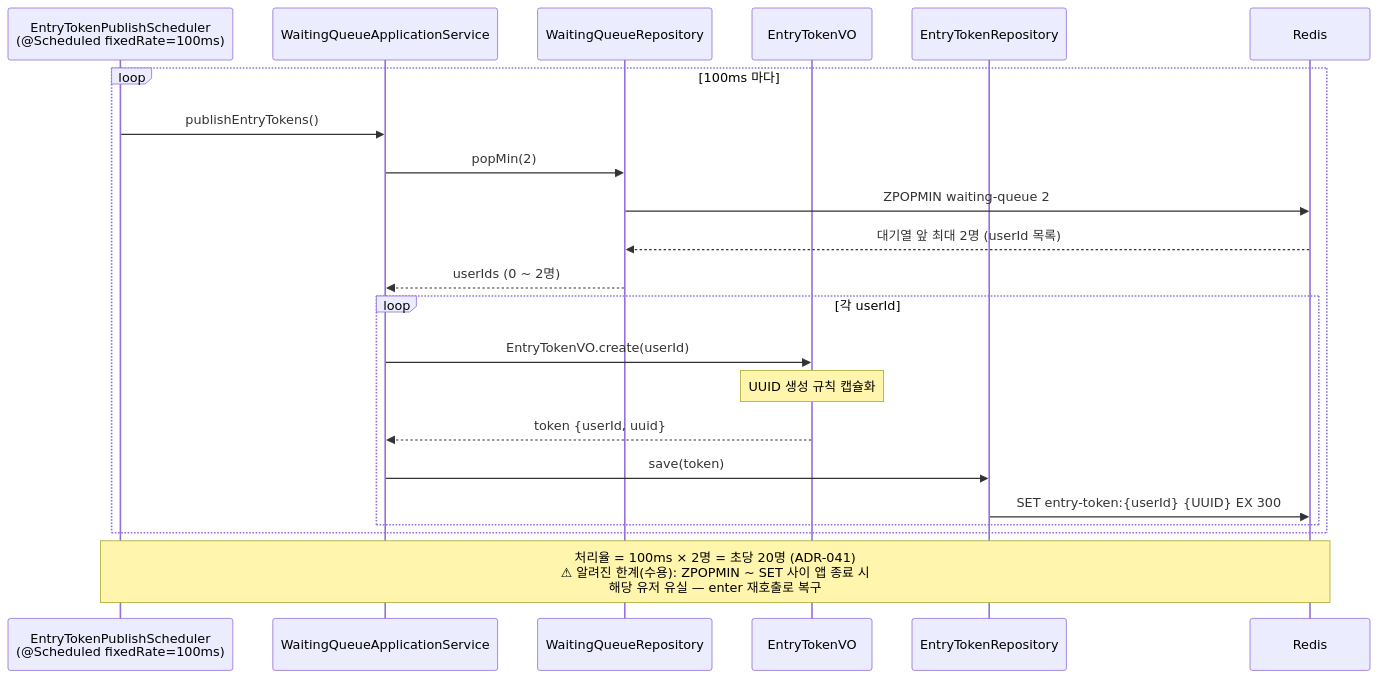
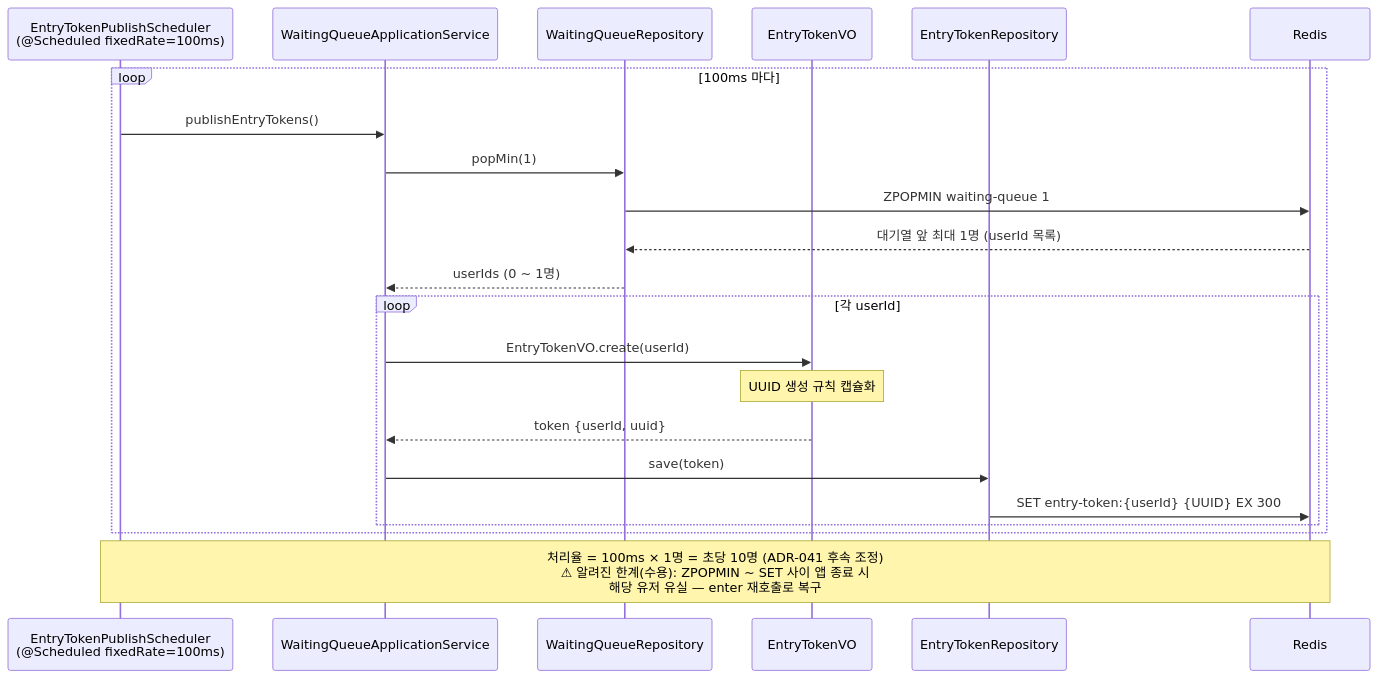
The third of 6 diagrams in docs/domain/waiting-queue/02-diagrams.md (Hangju0610/loop-pack-be-l2-vol4-java), drawn with Mermaid before and after one commit. The commit also changed other lines of this file and 6 other files, not shown here.

First line of the commit message:
feat(waiting-queue): 발급 배치 1명/100ms 추가 축소 (ADR-041 후속 조정)

````diff
--- a/docs/domain/waiting-queue/02-diagrams.md
+++ b/docs/domain/waiting-queue/02-diagrams.md
@@ -101,27 +101,27 @@
 ```mermaid
 sequenceDiagram
     participant SCH as EntryTokenPublishScheduler<br/>(@Scheduled fixedRate=100ms)
     participant SVC as WaitingQueueApplicationService
     participant WQR as WaitingQueueRepository
     participant VO as EntryTokenVO
     participant ETR as EntryTokenRepository
     participant R as Redis
 
     loop 100ms 마다
         SCH->>SVC: publishEntryTokens()
-        SVC->>WQR: popMin(2)
-        WQR->>R: ZPOPMIN waiting-queue 2
-        R-->>WQR: 대기열 앞 최대 2명 (userId 목록)
-        WQR-->>SVC: userIds (0 ~ 2명)
+        SVC->>WQR: popMin(1)
+        WQR->>R: ZPOPMIN waiting-queue 1
+        R-->>WQR: 대기열 앞 최대 1명 (userId 목록)
+        WQR-->>SVC: userIds (0 ~ 1명)
 
         loop 각 userId
             SVC->>VO: EntryTokenVO.create(userId)
             Note over VO: UUID 생성 규칙 캡슐화
             VO-->>SVC: token {userId, uuid}
             SVC->>ETR: save(token)
             ETR->>R: SET entry-token:{userId} {UUID} EX 300
         end
     end
 
-    Note over SCH,R: 처리율 = 100ms × 2명 = 초당 20명 (ADR-041)<br/>⚠ 알려진 한계(수용): ZPOPMIN ~ SET 사이 앱 종료 시<br/>해당 유저 유실 — enter 재호출로 복구
+    Note over SCH,R: 처리율 = 100ms × 1명 = 초당 10명 (ADR-041 후속 조정)<br/>⚠ 알려진 한계(수용): ZPOPMIN ~ SET 사이 앱 종료 시<br/>해당 유저 유실 — enter 재호출로 복구
 ```
````
